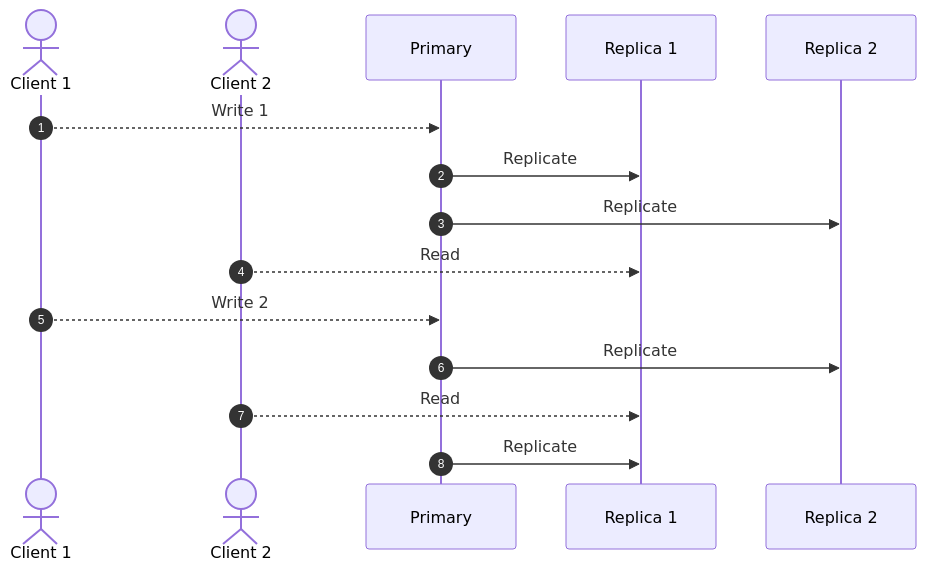
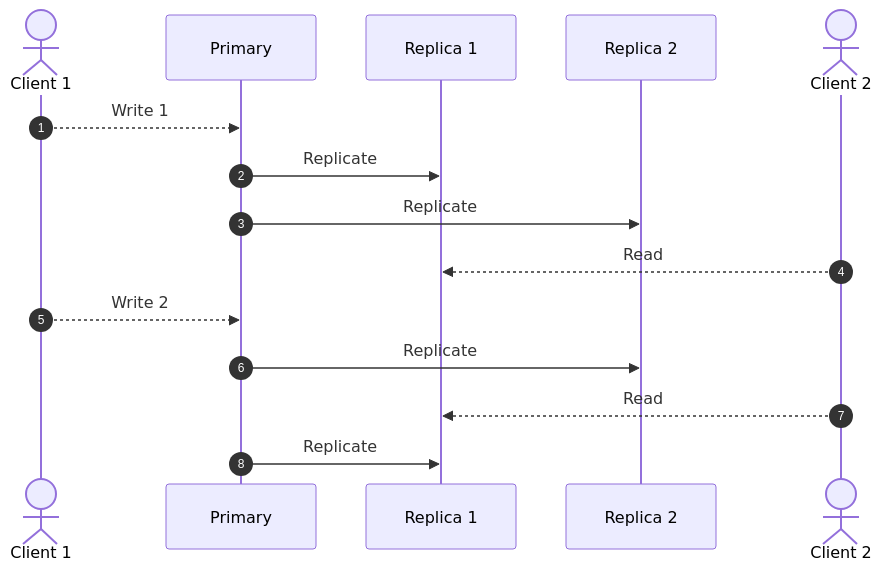
One commit to ashrafuzzaman/ashrafuzzaman.github.io changed the diagram in src/content/slides/cap.md. Above: the diagram before and after it, drawn with Mermaid. The commit also changed 2 other files, not shown here.

Commit message:
Added distributed-system-101

````diff
--- a/src/content/slides/cap.md
+++ b/src/content/slides/cap.md
@@ -60,16 +60,19 @@
 ```mermaid
 sequenceDiagram
   autonumber
   actor Client 1
+  participant Primary
+  participant Replica 1
+  participant Replica 2
   actor Client 2
 
   Client 1-->>Primary: Write 1
   Primary->>Replica 1: Replicate
   Primary->>Replica 2: Replicate
   Client 2-->>Replica 1: Read
 
   Client 1-->>Primary: Write 2
   Primary->>Replica 2: Replicate
   Client 2-->>Replica 1: Read
   Primary->>Replica 1: Replicate
 ```
````
